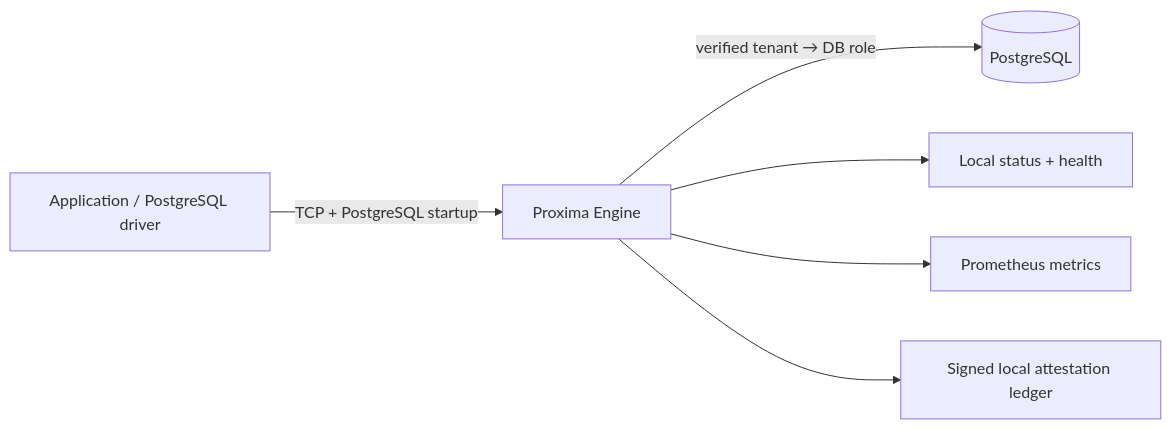
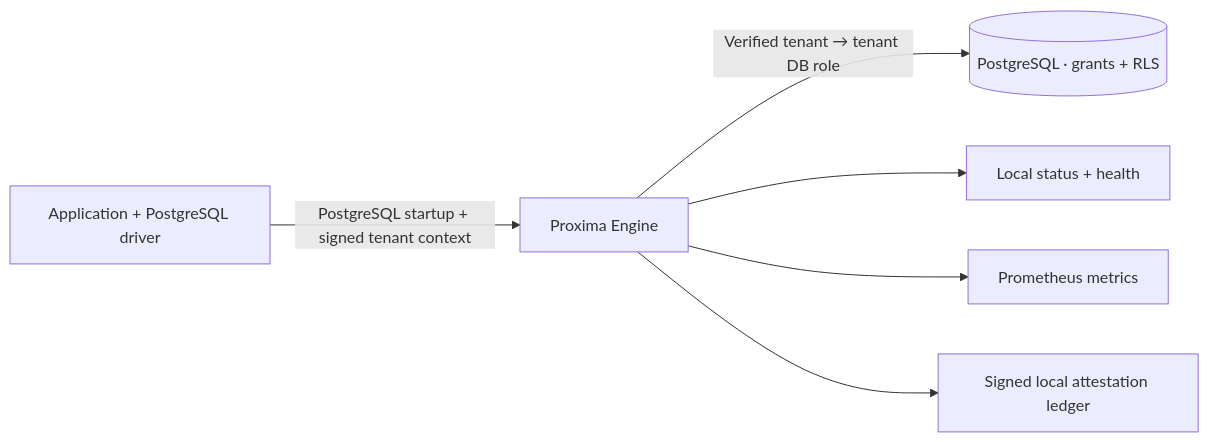
One commit to Agata-Proxima/proxima-engine changed the first of 3 diagrams in docs/ARCHITECTURE.md. Above: the diagram before and after it, drawn with Mermaid. The commit also changed other lines of this file and 23 other files, not shown here.

First line of the commit message:
Audit and reorganize Proxima Engine documentation

````diff
--- a/docs/ARCHITECTURE.md
+++ b/docs/ARCHITECTURE.md
@@ -7,8 +9,8 @@
 ```mermaid
 flowchart LR
-  App["Application / PostgreSQL driver"] -->|"TCP + PostgreSQL startup"| Engine["Proxima Engine"]
-  Engine -->|"verified tenant → DB role"| DB[("PostgreSQL")]
+  App["Application + PostgreSQL driver"] -->|"PostgreSQL startup + signed tenant context"| Engine["Proxima Engine"]
+  Engine -->|"Verified tenant → tenant DB role"| DB[("PostgreSQL · grants + RLS")]
   Engine --> Status["Local status + health"]
   Engine --> Metrics["Prometheus metrics"]
   Engine --> Ledger["Signed local attestation ledger"]
 ```
````
